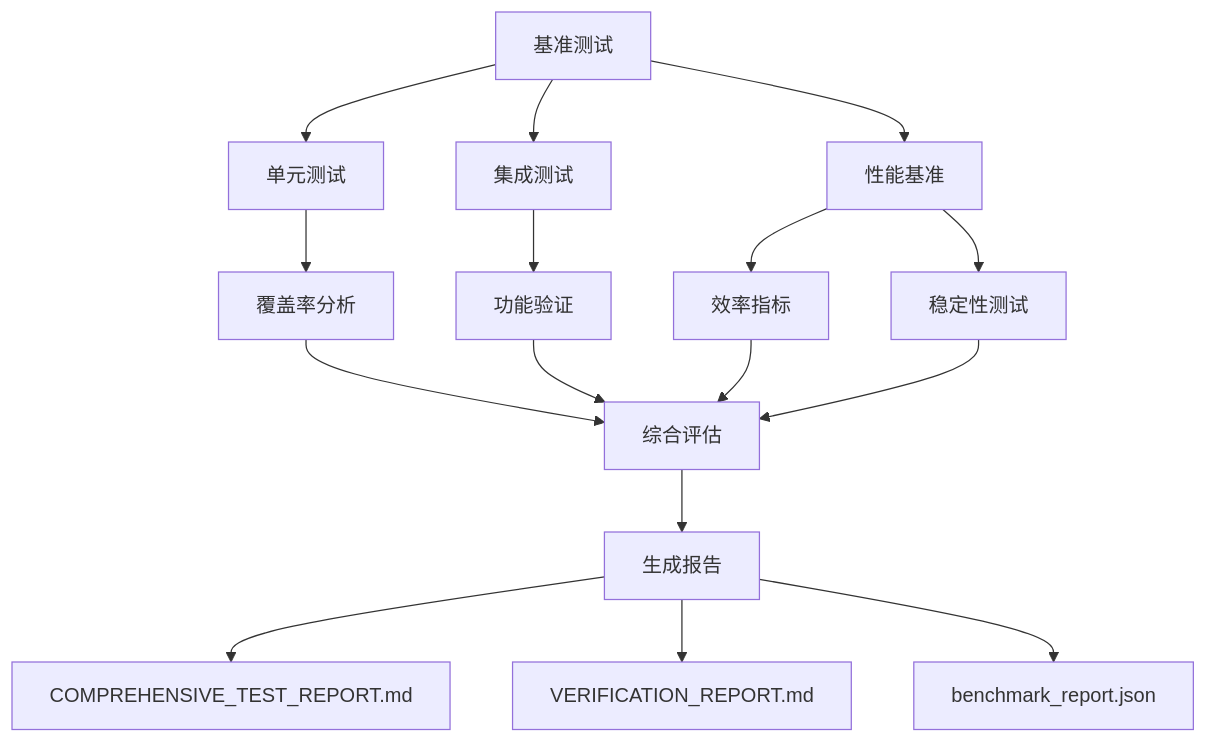
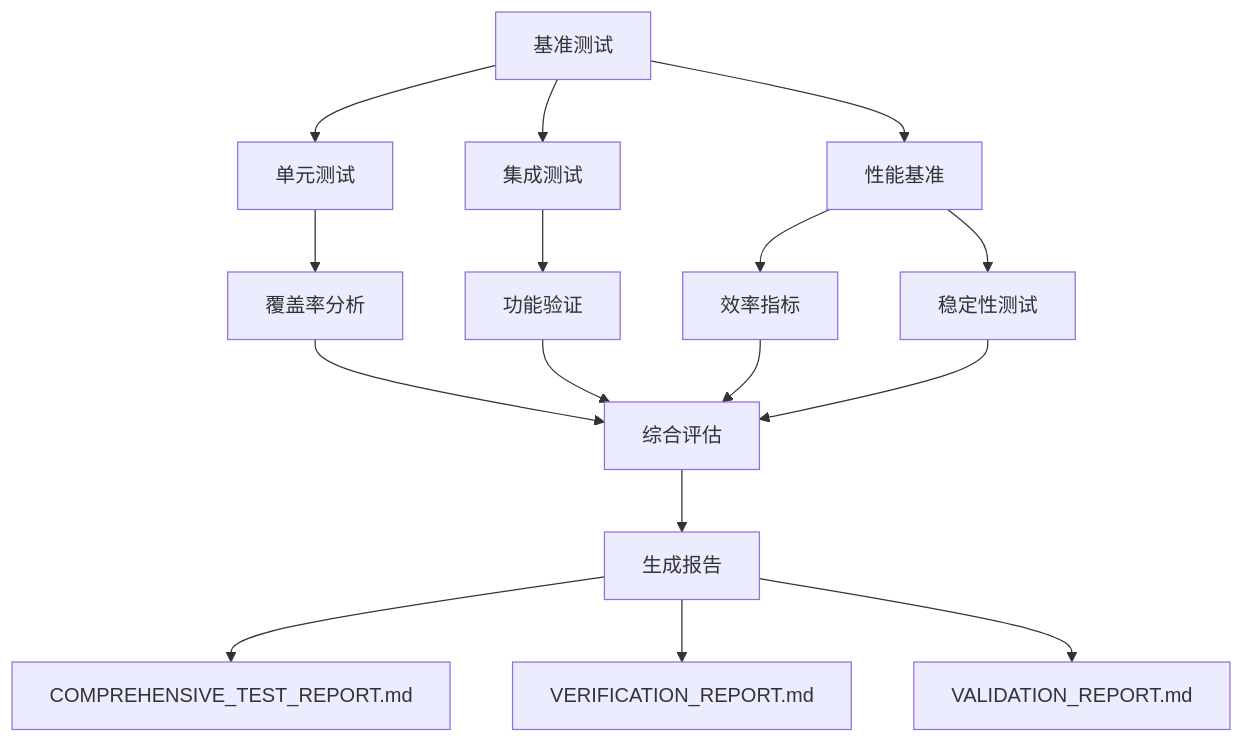
The fourth of 4 diagrams in .qoder/repowiki/zh/content/测试与验证/验证报告/性能评估体系/性能评估体系.md (leixiaohui-1974/WaterNet), drawn with Mermaid before and after one commit. The commit also changed other lines of this file and 52 other files, not shown here.

````diff
--- a/.qoder/repowiki/zh/content/测试与验证/验证报告/性能评估体系/性能评估体系.md
+++ b/.qoder/repowiki/zh/content/测试与验证/验证报告/性能评估体系/性能评估体系.md
@@ -154,18 +174,18 @@
 ```mermaid
 graph TD
 A[基准测试] --> B[单元测试]
 A --> C[集成测试]
 A --> D[性能基准]
 B --> E[覆盖率分析]
 C --> F[功能验证]
 D --> G[效率指标]
 D --> H[稳定性测试]
 E --> I[综合评估]
 F --> I
 G --> I
 H --> I
 I --> J[生成报告]
 J --> K[COMPREHENSIVE_TEST_REPORT.md]
 J --> L[VERIFICATION_REPORT.md]
-J --> M[benchmark_report.json]
+J --> M[VALIDATION_REPORT.md]
 ```
````
